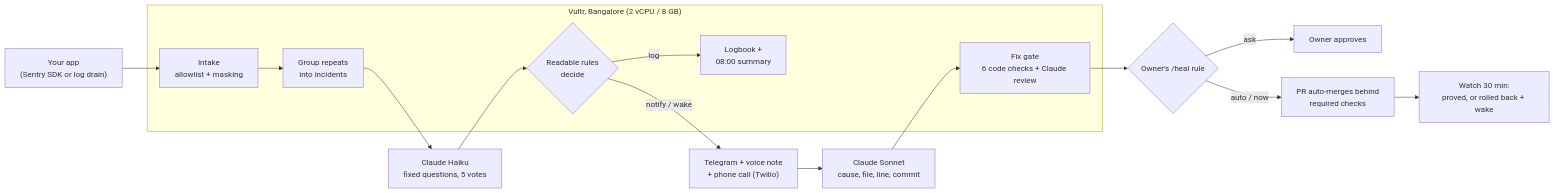
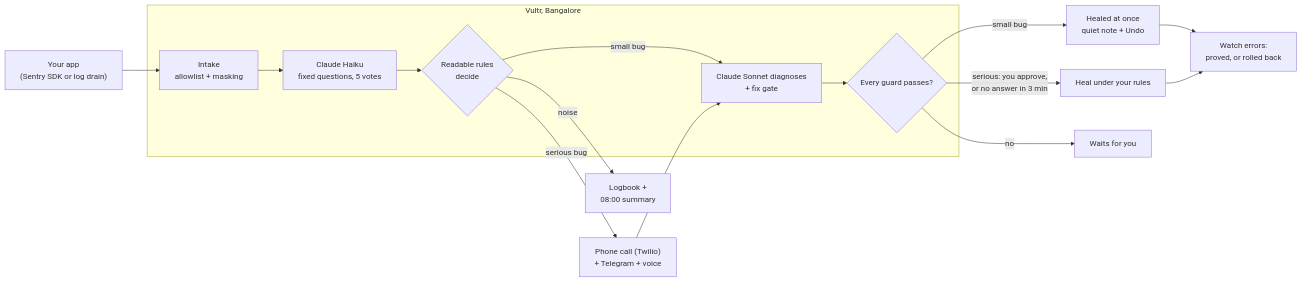
The first of 2 diagrams in README.md (AVPthegreat/jaagteraho), drawn with Mermaid before and after one commit. The commit also changed other lines of this file, not shown here.

Commit message:
README: pitch structure (Problem, Solution, How it works, Traction, Go-to-market), 70-bug numbers, small-vs-serious healing, 3-minute rule, new caps

````diff
--- a/README.md
+++ b/README.md
@@ -48,22 +85,23 @@
 ```mermaid
 flowchart LR
   A["Your app<br/>(Sentry SDK or log drain)"] --> B["Intake<br/>allowlist + masking"]
-  B --> C["Group repeats<br/>into incidents"]
-  C --> D["Claude Haiku<br/>fixed questions, 5 votes"]
-  D --> E{"Readable rules<br/>decide"}
-  E -- "log" --> F["Logbook +<br/>08:00 summary"]
-  E -- "notify / wake" --> G["Telegram + voice note<br/>+ phone call (Twilio)"]
-  G --> H["Claude Sonnet<br/>cause, file, line, commit"]
-  H --> I["Fix gate<br/>6 code checks + Claude review"]
-  I --> J{"Owner's /heal rule"}
-  J -- "ask" --> K["Owner approves"]
-  J -- "auto / now" --> L["PR auto-merges behind<br/>required checks"]
-  L --> M["Watch 30 min:<br/>proved, or rolled back + wake"]
-  subgraph V["Vultr, Bangalore (2 vCPU / 8 GB)"]
+  B --> C["Claude Haiku<br/>fixed questions, 5 votes"]
+  C --> D{"Readable rules<br/>decide"}
+  D -- "noise" --> E["Logbook +<br/>08:00 summary"]
+  D -- "small bug" --> F["Claude Sonnet diagnoses<br/>+ fix gate"]
+  D -- "serious bug" --> G["Phone call (Twilio)<br/>+ Telegram + voice"]
+  G --> F
+  F --> H{"Every guard passes?"}
+  H -- "small bug" --> I["Healed at once<br/>quiet note + Undo"]
+  H -- "serious: you approve,<br/>or no answer in 3 min" --> J["Heal under your rules"]
+  H -- "no" --> K["Waits for you"]
+  I --> L["Watch errors:<br/>proved, or rolled back"]
+  J --> L
+  subgraph V["Vultr, Bangalore"]
     B
     C
-    E
+    D
     F
-    I
+    H
   end
 ```
````
